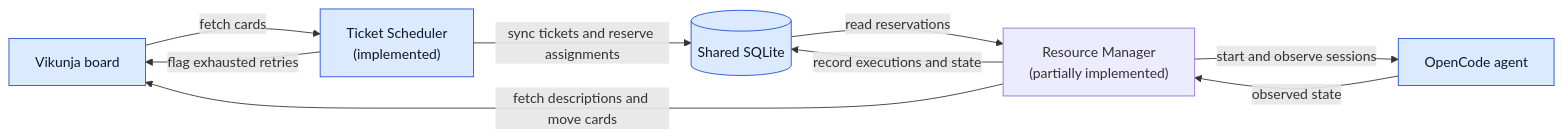
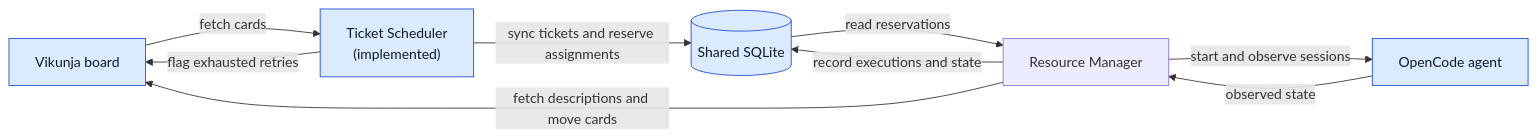
The first of 3 diagrams in agent-team/apps/agent-resource-manager/docs/flowchart.md (lgdelacruz92/agent-team), drawn with Mermaid before and after one commit. The commit also changed other lines of this file and 19 other files, not shown here.

````diff
--- a/agent-team/apps/agent-resource-manager/docs/flowchart.md
+++ b/agent-team/apps/agent-resource-manager/docs/flowchart.md
@@ -9,13 +9,13 @@
 ```mermaid
 flowchart LR
     V["Vikunja board"] -->|"fetch cards"| S["Ticket Scheduler<br/>(implemented)"]
     S -->|"sync tickets and reserve assignments"| DB[("Shared SQLite")]
     S -->|"flag exhausted retries"| V
-    DB -->|"read reservations"| RM["Resource Manager<br/>(partially implemented)"]
+    DB -->|"read reservations"| RM["Resource Manager"]
     RM -->|"record executions and state"| DB
     RM -->|"fetch descriptions and move cards"| V
     RM -->|"start and observe sessions"| A["OpenCode agent"]
     A -->|"observed state"| RM
     classDef external fill:#dbeafe,stroke:#1d4ed8,color:#111827
     class V,S,DB,A external
 ```
````
